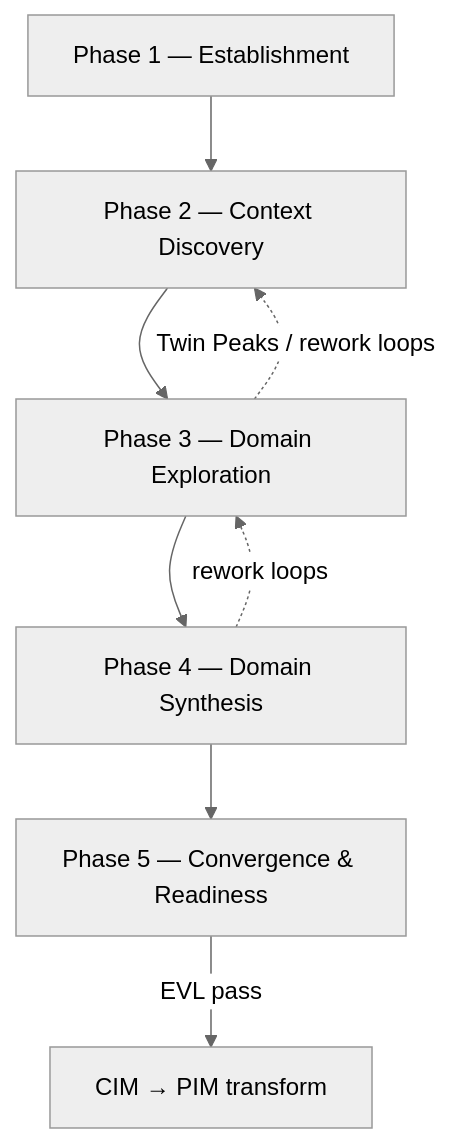
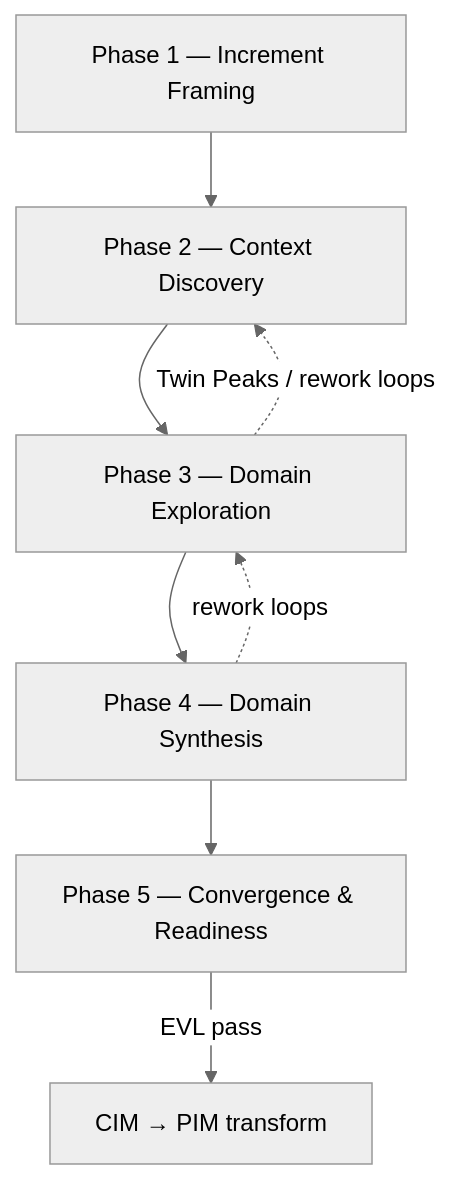
The diagram in docs/public-docs/docs/guides/cim-modeling-methodology.md (mehdieidi/modriss), drawn with Mermaid (neutral theme) before and after one commit. The commit also changed other lines of this file and 29 other files, not shown here.

````diff
--- a/docs/public-docs/docs/guides/cim-modeling-methodology.md
+++ b/docs/public-docs/docs/guides/cim-modeling-methodology.md
@@ -44,13 +53,13 @@
 ```mermaid
 flowchart TD
-  PH1["Phase 1 — Establishment"]
+  PH1["Phase 1 — Increment Framing"]
   PH2["Phase 2 — Context Discovery"]
   PH3["Phase 3 — Domain Exploration"]
   PH4["Phase 4 — Domain Synthesis"]
   PH5["Phase 5 — Convergence & Readiness"]
 
   PH1 --> PH2 --> PH3 --> PH4 --> PH5
   PH3 -.->|Twin Peaks / rework loops| PH2
   PH4 -.->|rework loops| PH3
   PH5 -->|EVL pass| GATE["CIM → PIM transform"]
 ```
````
